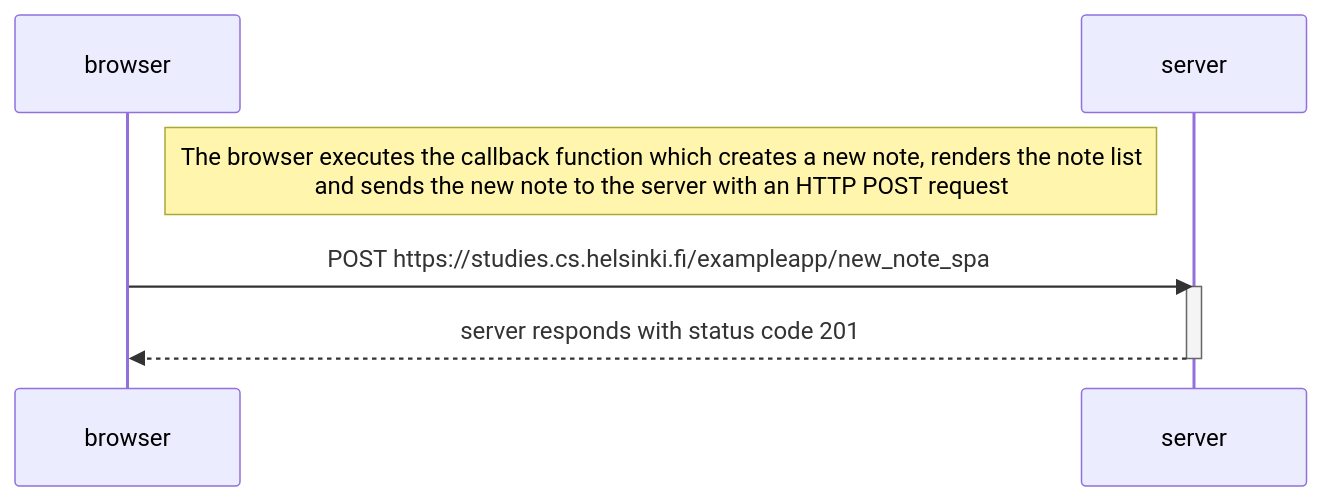
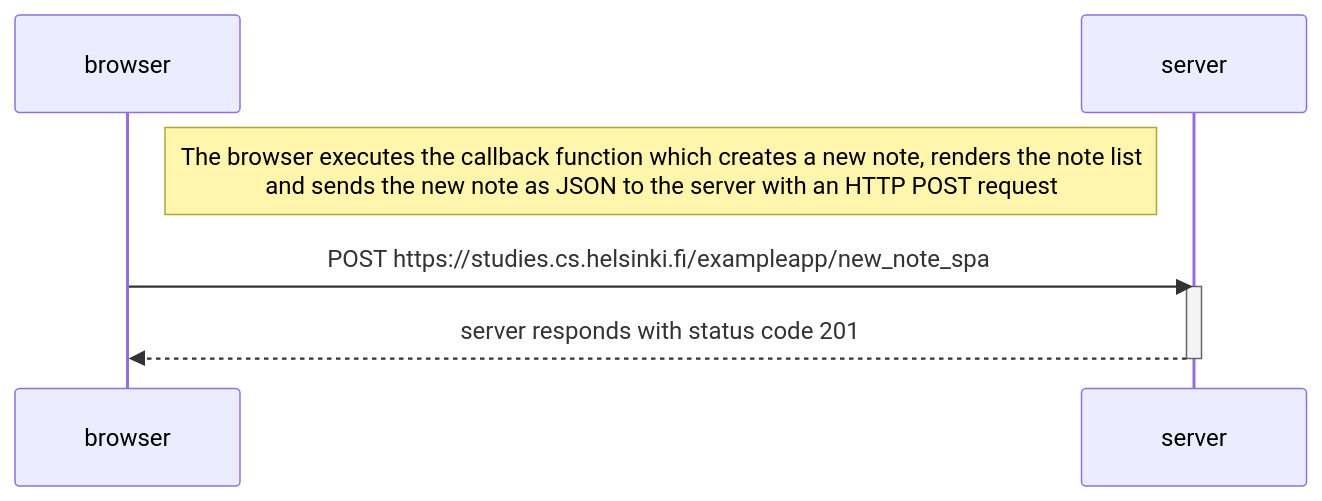
The diagram in part0/ex06.md (macpalor/full-stack-open), drawn with Mermaid before and after one commit.

Commit message:
Modify ex06

````diff
--- a/part0/ex06.md
+++ b/part0/ex06.md
@@ -1,12 +1,12 @@
 ```mermaid
 sequenceDiagram
     participant browser
     participant server
 
-    Note right of browser: The browser executes the callback function which creates a new note, renders the note list <br> and sends the new note to the server with an HTTP POST request
+    Note right of browser: The browser executes the callback function which creates a new note, renders the note list <br> and sends the new note as JSON to the server with an HTTP POST request
 
     browser->>server: POST https://studies.cs.helsinki.fi/exampleapp/new_note_spa
     activate server
     server-->>browser: server responds with status code 201
     deactivate server
 ```
````
